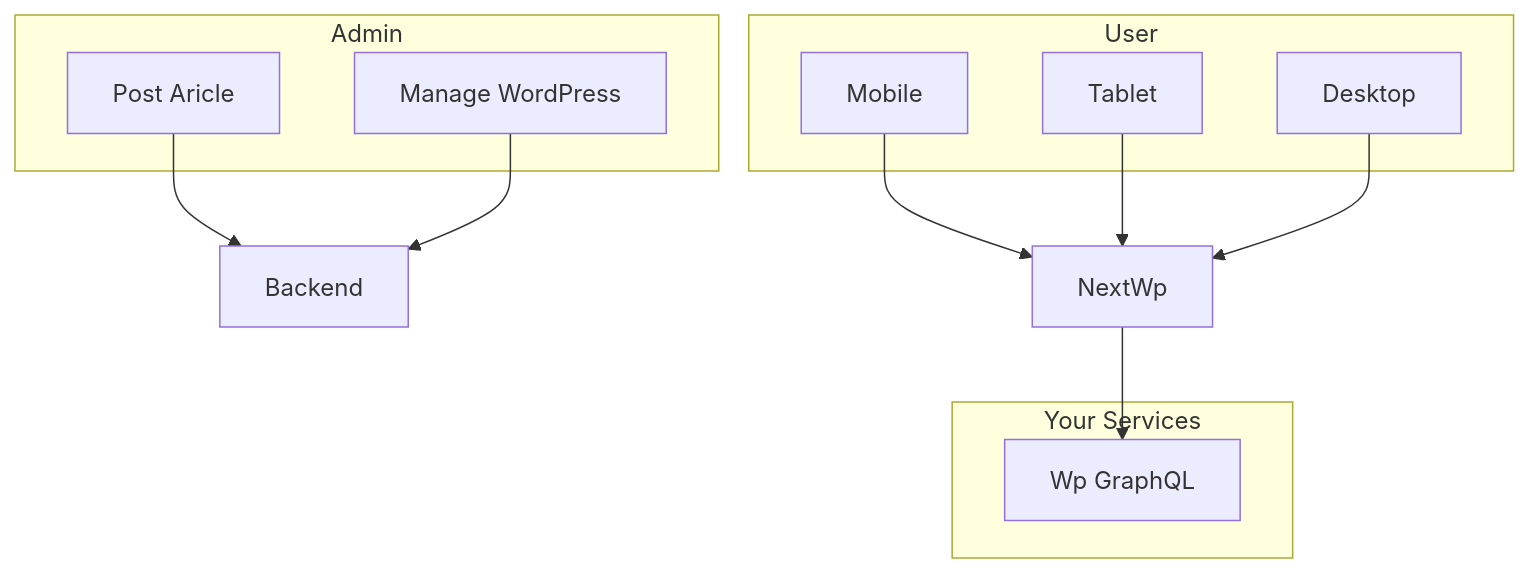
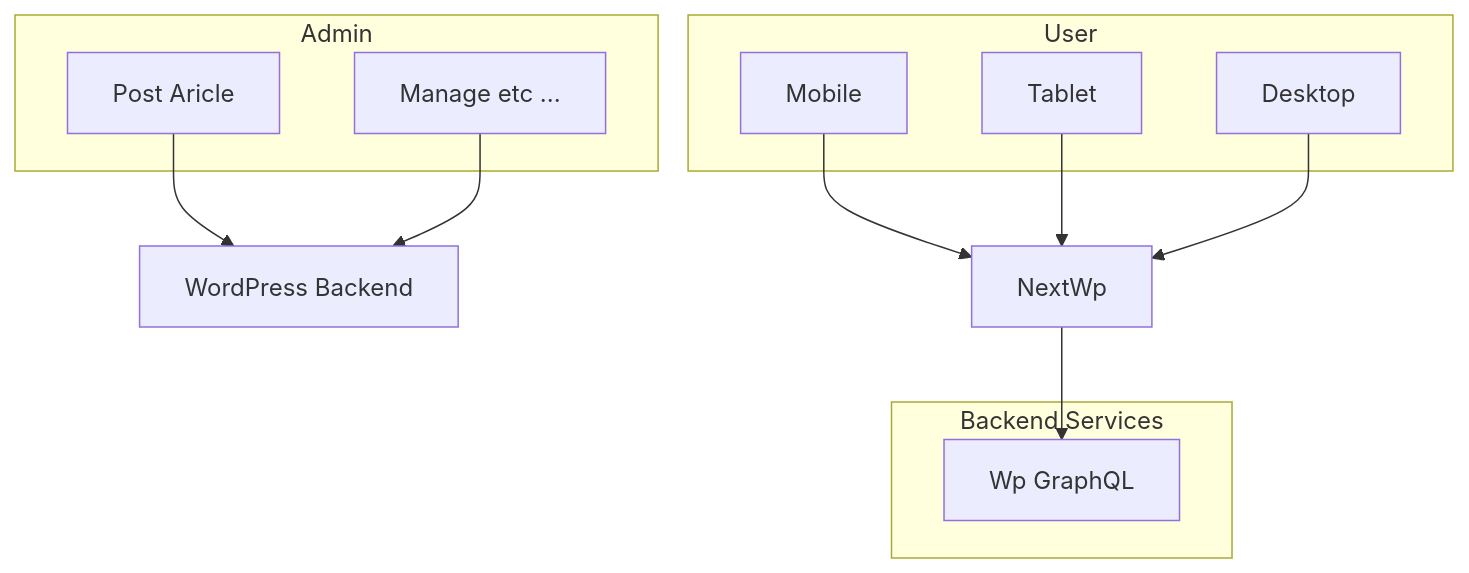
One commit to idmahbub/doc_nextwp changed the diagram in pages/index.mdx. Above: the diagram before and after it, drawn with Mermaid. The commit also changed other lines of this file and 28 other files, not shown here.

````diff
--- a/pages/index.mdx
+++ b/pages/index.mdx
@@ -13,24 +13,24 @@
 ```mermaid
 graph TD;
 subgraph AA [User]
 A[Mobile];
 B[Tablet];
 C[Desktop];
 end
-subgraph BB [Your Services]
+subgraph BB [Backend Services]
 E[Wp GraphQL];
 end
 subgraph CC [Admin]
 F[Post Aricle];
-G[Manage WordPress];
+G[Manage etc ...];
 end
-H[Backend]
+H[WordPress Backend]
 
 Z[NextWp];
 A --> Z;
 B --> Z;
 C --> Z;
 Z --> E;
 F --> H;
 G --> H;
 ```
````
